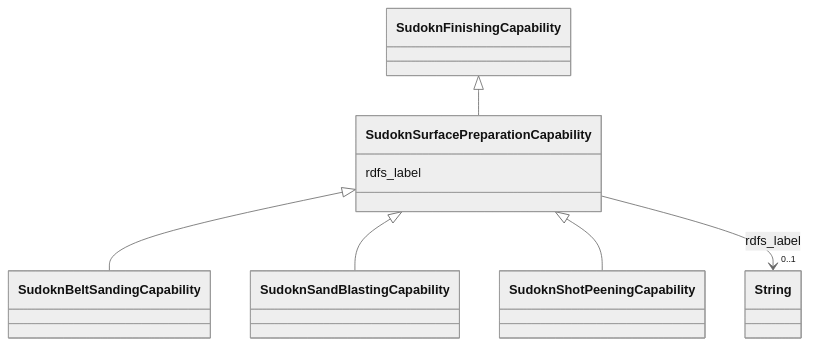
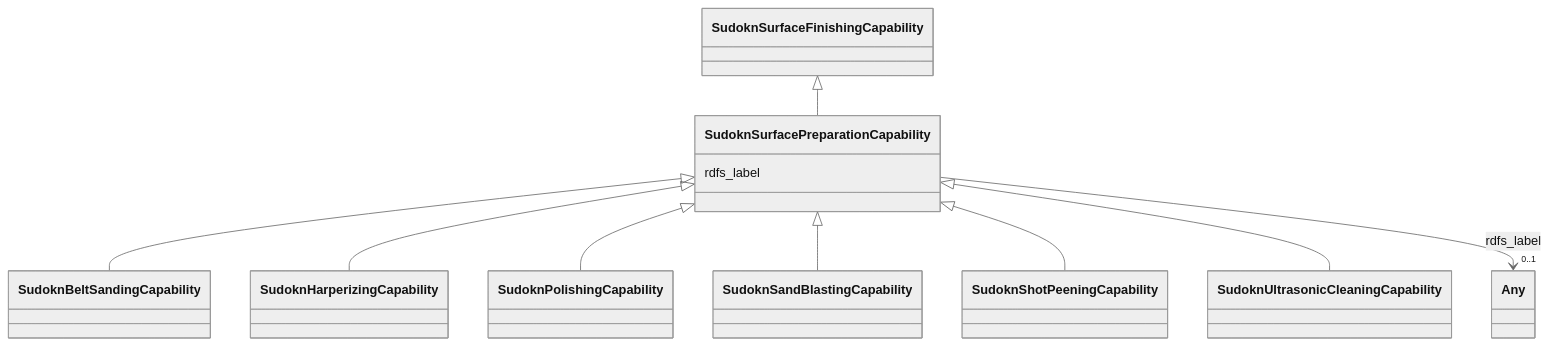
Before and after one commit to frink-okn/graph-descriptions: the diagram in sudokn-kg/classes/SudoknSurfacePreparationCapability.md, drawn with Mermaid (neutral theme). The commit also changed other lines of this file and 903 other files, not shown here.

````diff
--- a/sudokn-kg/classes/SudoknSurfacePreparationCapability.md
+++ b/sudokn-kg/classes/SudoknSurfacePreparationCapability.md
@@ -23,27 +18,33 @@
 ```mermaid
  classDiagram
     class SudoknSurfacePreparationCapability
     click SudoknSurfacePreparationCapability href "../SudoknSurfacePreparationCapability"
-      SudoknFinishingCapability <|-- SudoknSurfacePreparationCapability
-        click SudoknFinishingCapability href "../SudoknFinishingCapability"
+      SudoknSurfaceFinishingCapability <|-- SudoknSurfacePreparationCapability
+        click SudoknSurfaceFinishingCapability href "../SudoknSurfaceFinishingCapability"
       
 
       SudoknSurfacePreparationCapability <|-- SudoknBeltSandingCapability
         click SudoknBeltSandingCapability href "../SudoknBeltSandingCapability"
+      SudoknSurfacePreparationCapability <|-- SudoknHarperizingCapability
+        click SudoknHarperizingCapability href "../SudoknHarperizingCapability"
+      SudoknSurfacePreparationCapability <|-- SudoknPolishingCapability
+        click SudoknPolishingCapability href "../SudoknPolishingCapability"
       SudoknSurfacePreparationCapability <|-- SudoknSandBlastingCapability
         click SudoknSandBlastingCapability href "../SudoknSandBlastingCapability"
       SudoknSurfacePreparationCapability <|-- SudoknShotPeeningCapability
         click SudoknShotPeeningCapability href "../SudoknShotPeeningCapability"
+      SudoknSurfacePreparationCapability <|-- SudoknUltrasonicCleaningCapability
+        click SudoknUltrasonicCleaningCapability href "../SudoknUltrasonicCleaningCapability"
       
       
       SudoknSurfacePreparationCapability : rdfs_label
         
           
     
     
-    SudoknSurfacePreparationCapability --> "0..1" String : rdfs_label
-    click String href "../String"
+    SudoknSurfacePreparationCapability --> "0..1" Any : rdfs_label
+    click Any href "../Any"
 
         
       
 ```
````
